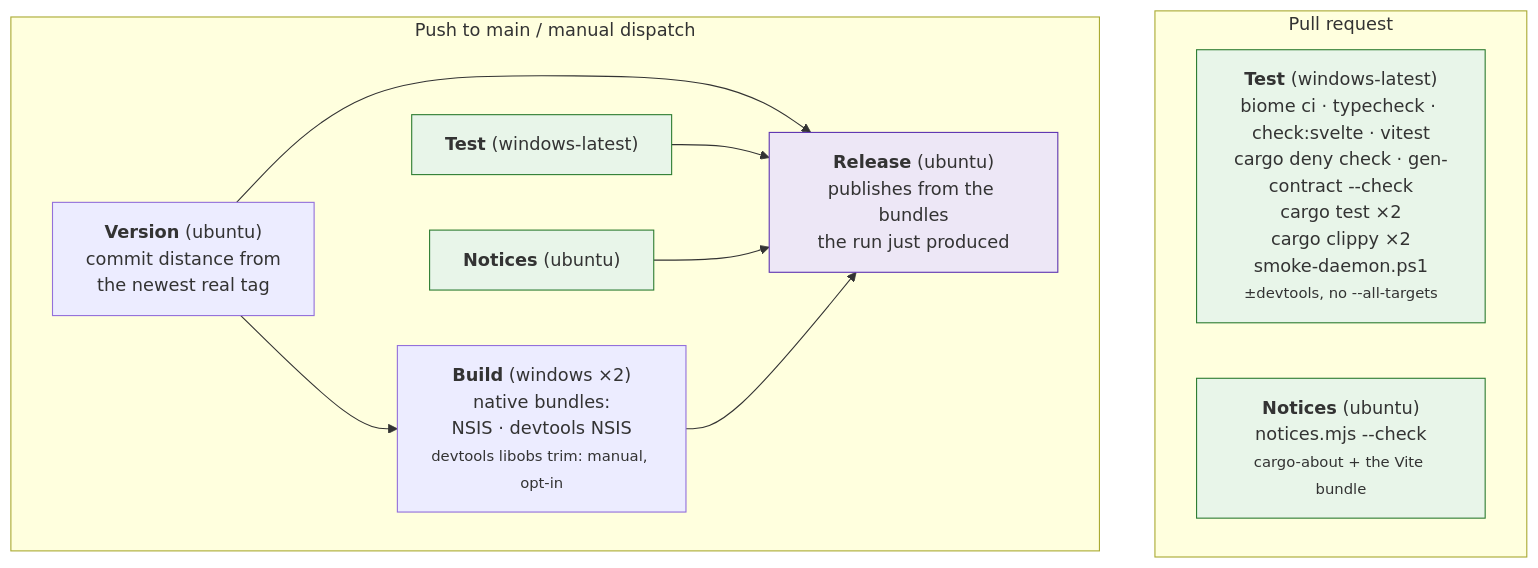
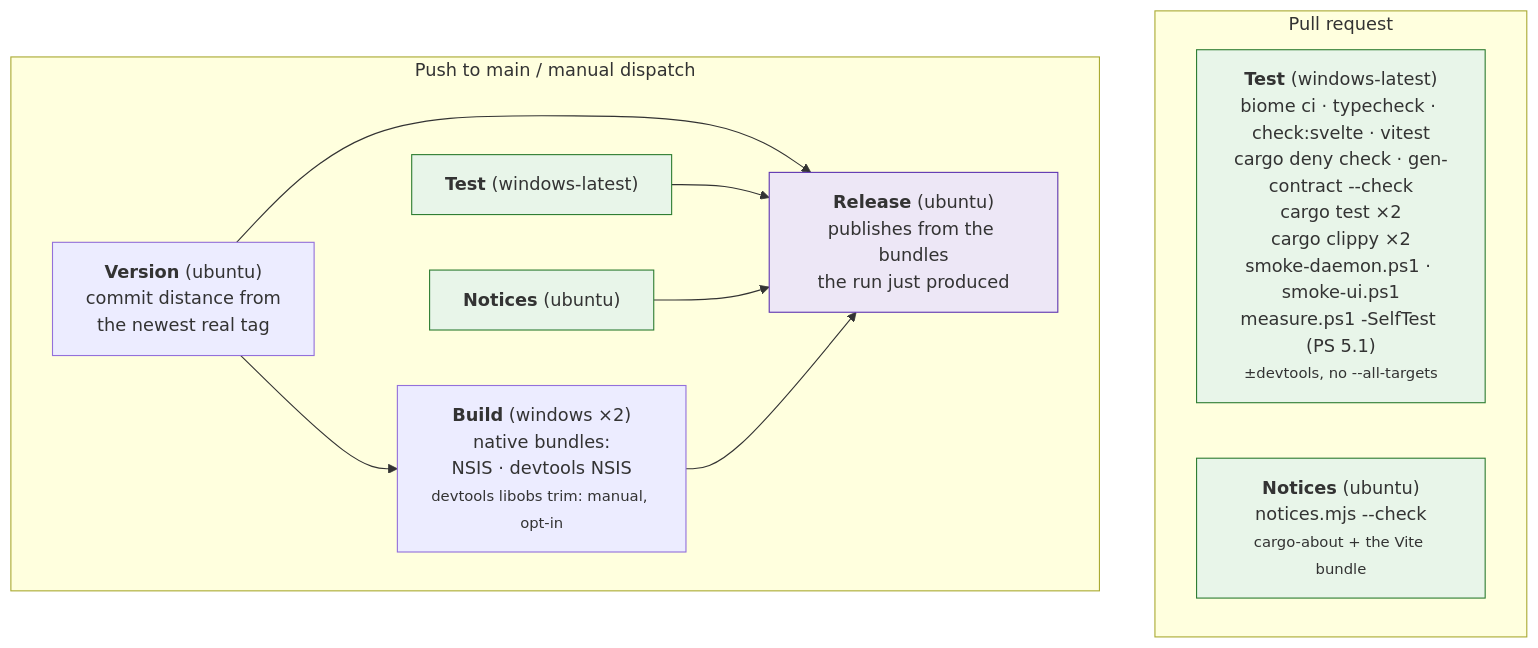
Before and after one commit to NinjaGoldfinch/ninja-recorder: the first of 3 diagrams in docs/ci-and-releases.md, drawn with Mermaid. The commit also changed other lines of this file and 3 other files, not shown here.

````diff
--- a/docs/ci-and-releases.md
+++ b/docs/ci-and-releases.md
@@ -14,24 +14,24 @@
 ```mermaid
 flowchart TB
     subgraph PR["Pull request"]
-        T1["<b>Test</b> (windows-latest)<br/>biome ci · typecheck · check:svelte · vitest<br/>cargo deny check · gen-contract --check<br/>cargo test ×2<br/>cargo clippy ×2<br/>smoke-daemon.ps1<br/><small>±devtools, no --all-targets</small>"]
+        T1["<b>Test</b> (windows-latest)<br/>biome ci · typecheck · check:svelte · vitest<br/>cargo deny check · gen-contract --check<br/>cargo test ×2<br/>cargo clippy ×2<br/>smoke-daemon.ps1 · smoke-ui.ps1<br/>measure.ps1 -SelfTest (PS 5.1)<br/><small>±devtools, no --all-targets</small>"]
         N1["<b>Notices</b> (ubuntu)<br/>notices.mjs --check<br/><small>cargo-about + the Vite bundle</small>"]
     end
     subgraph MAIN["Push to main / manual dispatch"]
         T["<b>Test</b> (windows-latest)"]
         N["<b>Notices</b> (ubuntu)"]
         V["<b>Version</b> (ubuntu)<br/>commit distance from<br/>the newest real tag"]
         B["<b>Build</b> (windows ×2)<br/>native bundles:<br/>NSIS · devtools NSIS<br/><small>devtools libobs trim: manual, opt-in</small>"]
         R["<b>Release</b> (ubuntu)<br/>publishes from the bundles<br/>the run just produced"]
         V --> B
         V --> R
         T --> R
         N --> R
         B --> R
     end
     style T1 fill:#e8f5e9,stroke:#2e7d32
     style T fill:#e8f5e9,stroke:#2e7d32
     style N1 fill:#e8f5e9,stroke:#2e7d32
     style N fill:#e8f5e9,stroke:#2e7d32
     style R fill:#ede7f6,stroke:#5e35b1
 ```
````
